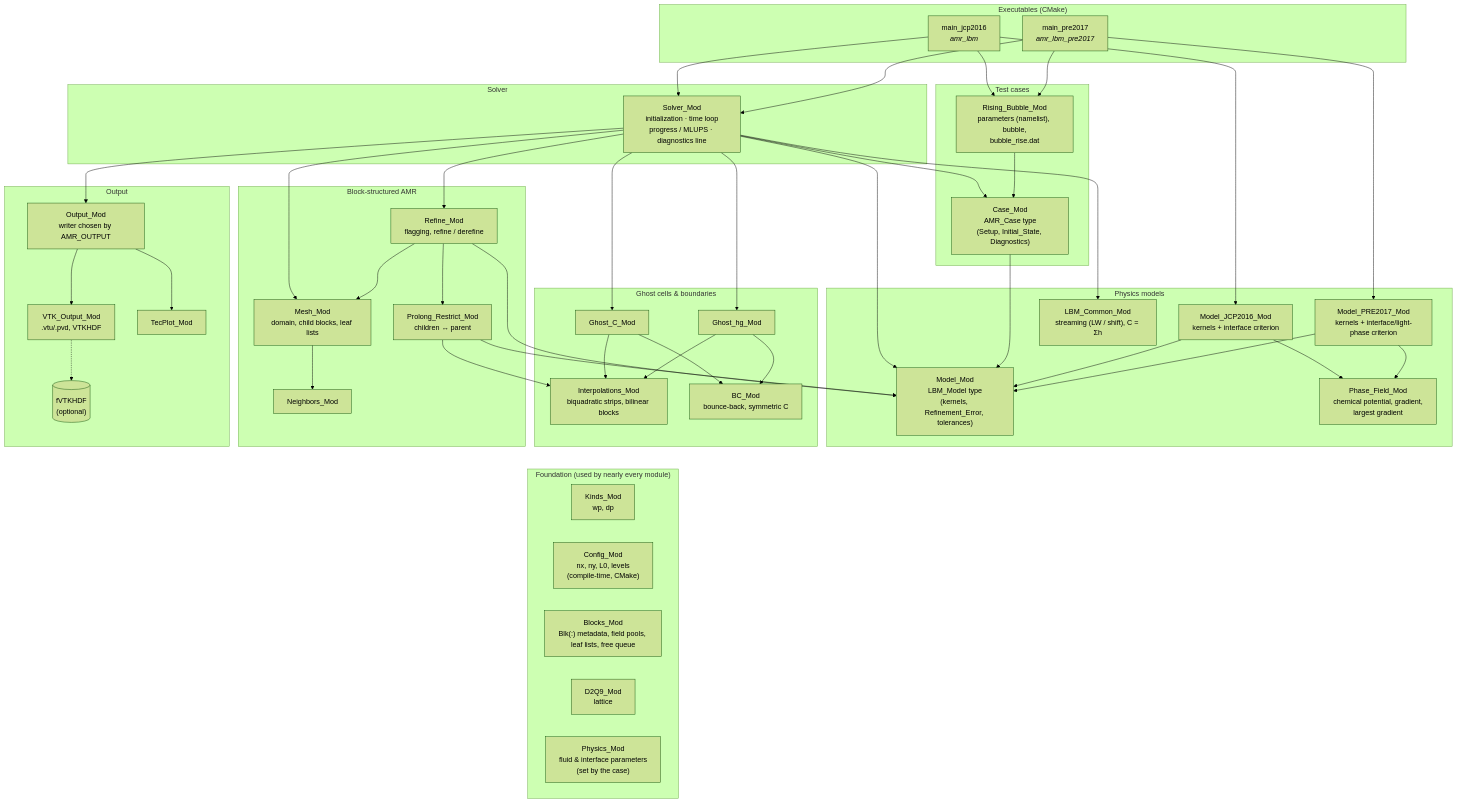
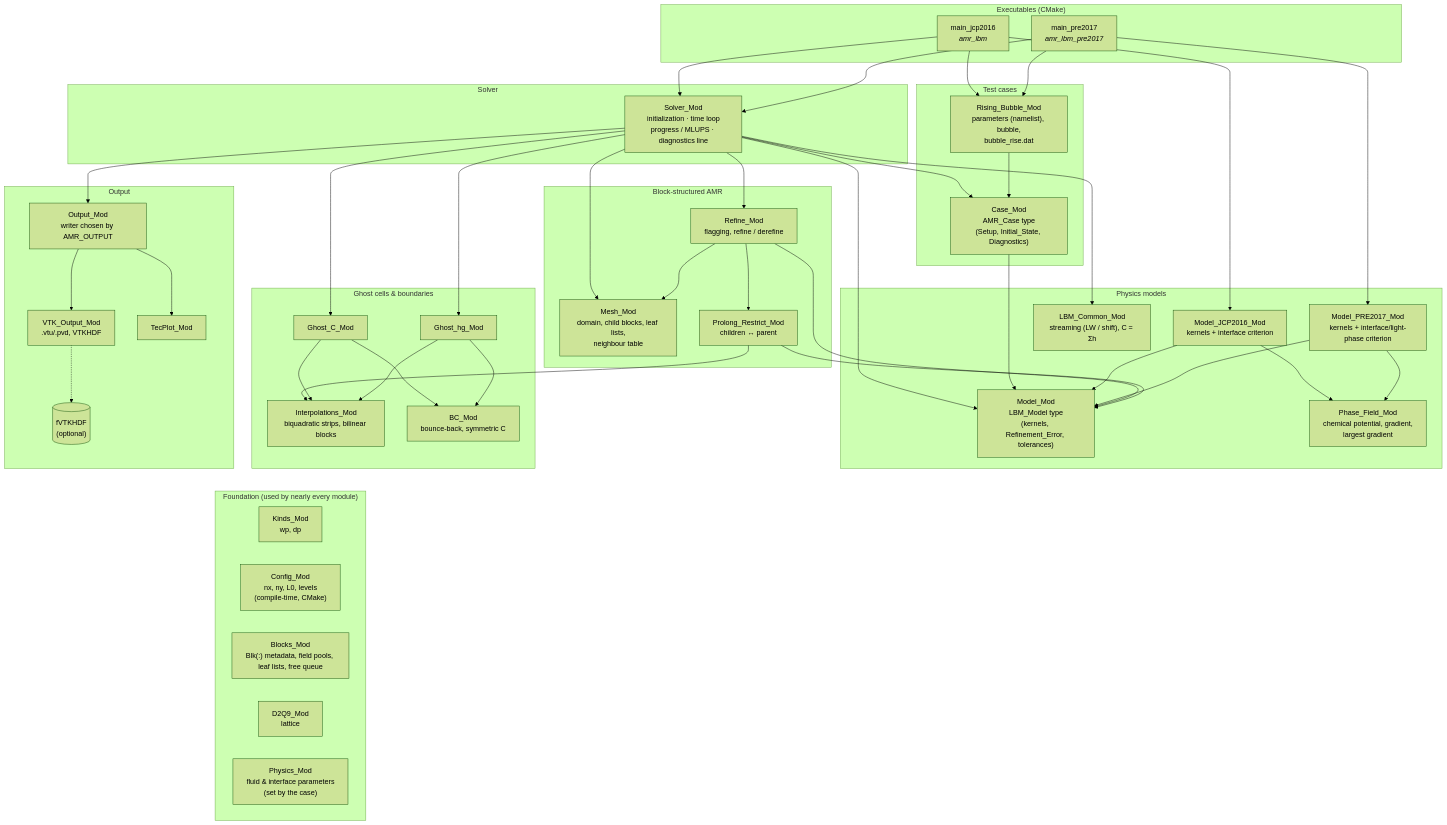
Before and after one commit to ivan-pi/AMR-LBM-OpenMP-2D: the diagram in code_structure.mmd, drawn with Mermaid (forest theme). The commit also changed 6 other files, not shown here.

```diff
--- a/code_structure.mmd
+++ b/code_structure.mmd
@@ -1,94 +1,92 @@
 flowchart TD
     subgraph EXE["Executables (CMake)"]
         mainJ["main_jcp2016<br/><i>amr_lbm</i>"]
         mainP["main_pre2017<br/><i>amr_lbm_pre2017</i>"]
     end
 
     subgraph DRV["Solver"]
         SOL["Solver_Mod<br/>initialization · time loop<br/>progress / MLUPS · diagnostics line"]
     end
 
     subgraph CASE["Test cases"]
         CM["Case_Mod<br/>AMR_Case type<br/>(Setup, Initial_State, Diagnostics)"]
         RB["Rising_Bubble_Mod<br/>parameters (namelist), bubble,<br/>bubble_rise.dat"]
     end
 
     subgraph MOD["Physics models"]
         MM["Model_Mod<br/>LBM_Model type<br/>(kernels, Refinement_Error, tolerances)"]
         JCP["Model_JCP2016_Mod<br/>kernels + interface criterion"]
         PRE["Model_PRE2017_Mod<br/>kernels + interface/light-phase criterion"]
         LBC["LBM_Common_Mod<br/>streaming (LW / shift), C = Σh"]
         PF["Phase_Field_Mod<br/>chemical potential, gradient,<br/>largest gradient"]
     end
 
     subgraph AMR["Block-structured AMR"]
         REF["Refine_Mod<br/>flagging, refine / derefine"]
         PR["Prolong_Restrict_Mod<br/>children ↔ parent"]
-        MESH["Mesh_Mod<br/>domain, child blocks, leaf lists"]
-        NB["Neighbors_Mod"]
+        MESH["Mesh_Mod<br/>domain, child blocks, leaf lists,<br/>neighbour table"]
     end
 
     subgraph GH["Ghost cells & boundaries"]
         GC["Ghost_C_Mod"]
         GHG["Ghost_hg_Mod"]
         INT["Interpolations_Mod<br/>biquadratic strips, bilinear blocks"]
         BC["BC_Mod<br/>bounce-back, symmetric C"]
     end
 
     subgraph OUT["Output"]
         OM["Output_Mod<br/>writer chosen by AMR_OUTPUT"]
         VTK["VTK_Output_Mod<br/>.vtu/.pvd, VTKHDF"]
         TEC["TecPlot_Mod"]
         FV[("fVTKHDF<br/>(optional)")]
     end
 
     subgraph BASE["Foundation (used by nearly every module)"]
         K["Kinds_Mod<br/>wp, dp"]
         CFG["Config_Mod<br/>nx, ny, L0, levels<br/>(compile-time, CMake)"]
         BLK["Blocks_Mod<br/>Blk(:) metadata, field pools, leaf lists, free queue"]
         D["D2Q9_Mod<br/>lattice"]
         PH["Physics_Mod<br/>fluid & interface parameters<br/>(set by the case)"]
     end
 
     mainJ --> SOL
     mainJ --> JCP
     mainJ --> RB
     mainP --> SOL
     mainP --> PRE
     mainP --> RB
 
     SOL --> MM
     SOL --> CM
     SOL --> LBC
     SOL --> REF
     SOL --> MESH
     SOL --> GC
     SOL --> GHG
     SOL --> OM
 
     RB --> CM
     CM --> MM
     JCP --> MM
     JCP --> PF
     PRE --> MM
     PRE --> PF
 
     REF --> MESH
     REF --> PR
     REF --> MM
     PR --> MM
     PR --> INT
-    MESH --> NB
 
     GC --> INT
     GC --> BC
     GHG --> INT
     GHG --> BC
 
     OM --> VTK
     OM --> TEC
     VTK -.-> FV
 
-    NB ~~~ BASE
+    MESH ~~~ BASE
     INT ~~~ BASE
     MM ~~~ BASE
```
